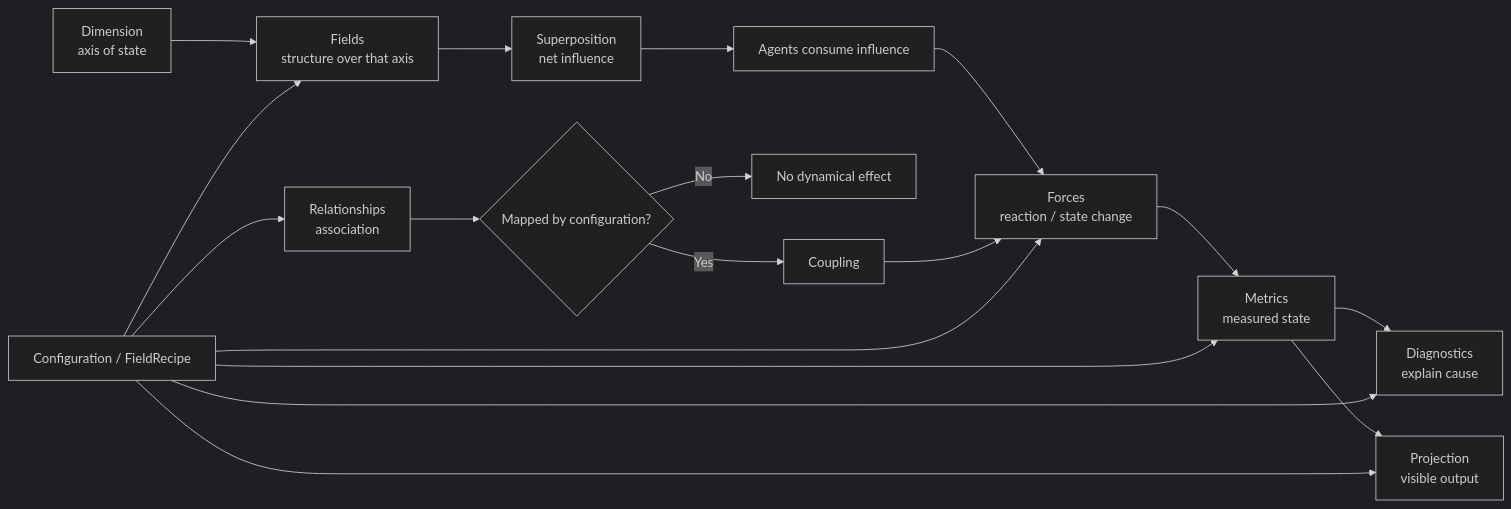
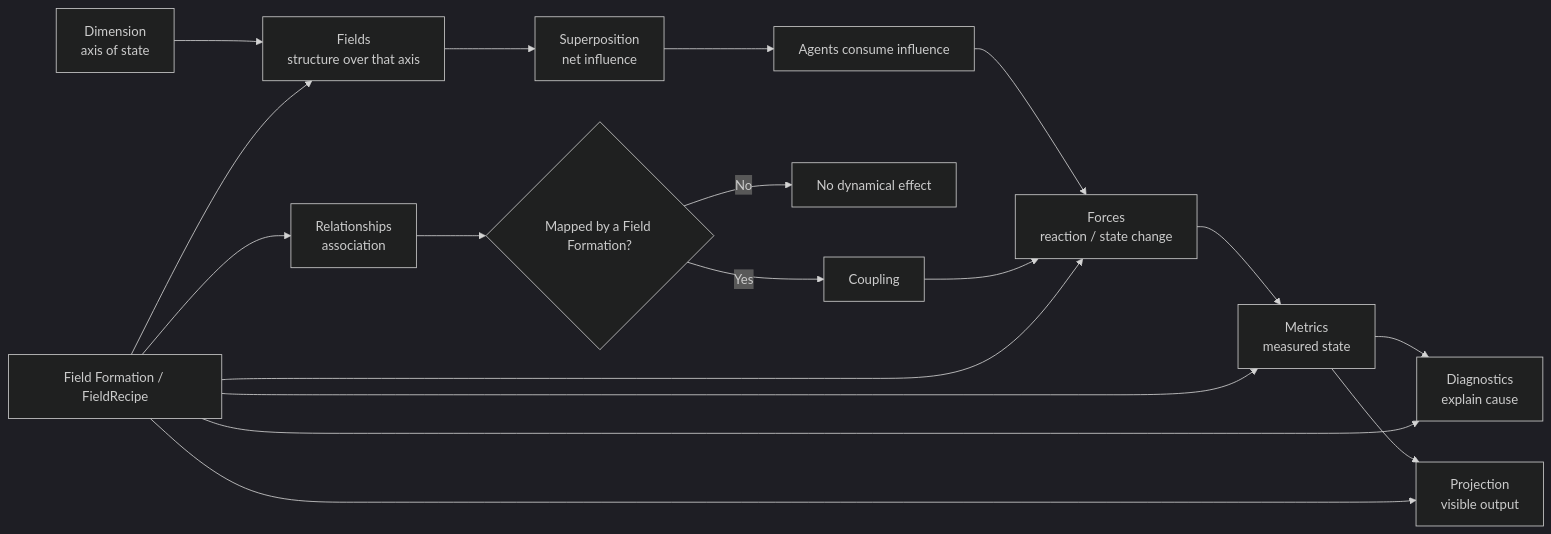
Before and after one commit to zachshallbetter/fundamental-engine: the first of 3 diagrams in docs/canonical/dimensional-coupling.md, drawn with Mermaid (dark theme). The commit also changed other lines of this file and 19 other files, not shown here.

````diff
--- a/docs/canonical/dimensional-coupling.md
+++ b/docs/canonical/dimensional-coupling.md
@@ -15,23 +15,23 @@
 ```mermaid
 flowchart LR
   D["Dimension<br/>axis of state"] --> F["Fields<br/>structure over that axis"]
   F --> S["Superposition<br/>net influence"]
   S --> A["Agents consume influence"]
   A --> R["Forces<br/>reaction / state change"]
 
-  X["Relationships<br/>association"] --> Y{"Mapped by configuration?"}
+  X["Relationships<br/>association"] --> Y{"Mapped by a Field Formation?"}
   Y -->|No| Z["No dynamical effect"]
   Y -->|Yes| C["Coupling"]
   C --> R
 
   R --> M["Metrics<br/>measured state"]
   M --> G["Diagnostics<br/>explain cause"]
   M --> P["Projection<br/>visible output"]
 
-  CFG["Configuration / FieldRecipe"] --> F
+  CFG["Field Formation / FieldRecipe"] --> F
   CFG --> X
   CFG --> R
   CFG --> M
   CFG --> G
   CFG --> P
 ```
````
